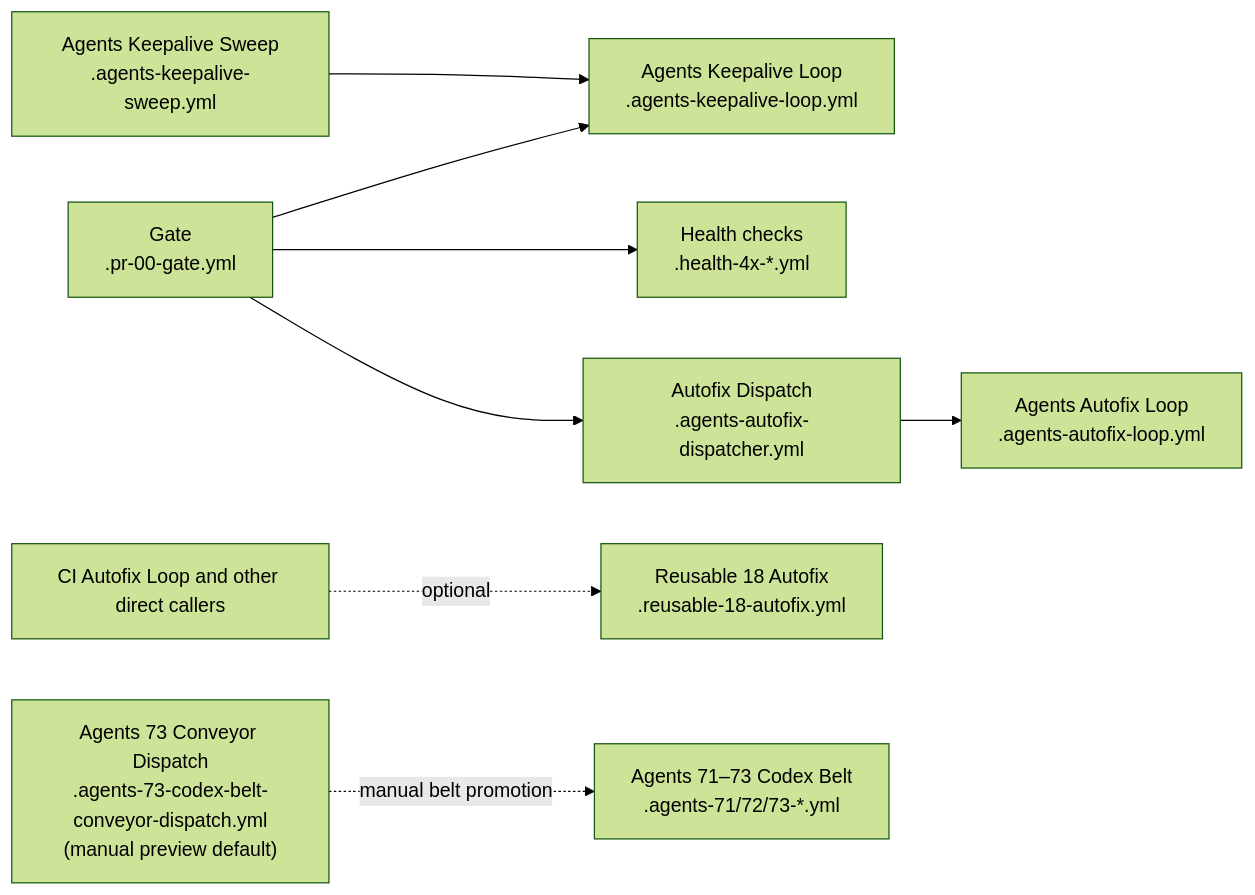
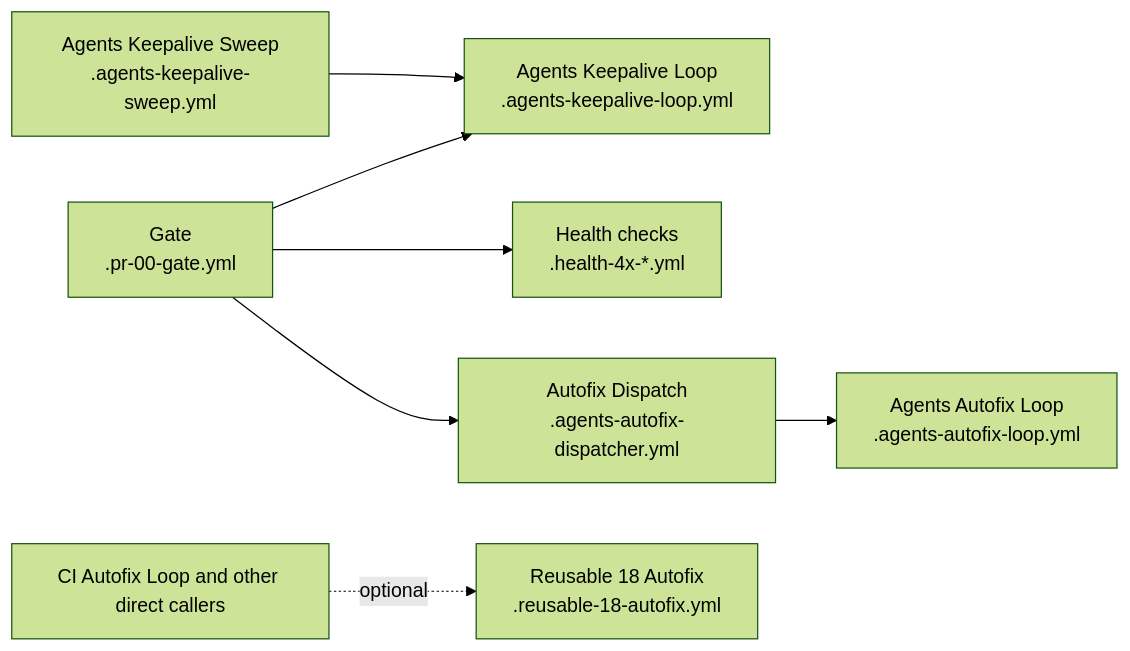
The first of 2 diagrams in docs/ci/WORKFLOWS.md (stranske/Workflows), drawn with Mermaid (forest theme) before and after one commit. The commit also changed other lines of this file and 76 other files, not shown here.

````diff
--- a/docs/ci/WORKFLOWS.md
+++ b/docs/ci/WORKFLOWS.md
@@ -20,10 +20,9 @@
 ```mermaid
 flowchart LR
     gate["Gate\n.pr-00-gate.yml"] --> keepaliveLoop["Agents Keepalive Loop\n.agents-keepalive-loop.yml"]
     keepaliveSweep["Agents Keepalive Sweep\n.agents-keepalive-sweep.yml"] --> keepaliveLoop
     gate --> healthGuard["Health checks\n.health-4x-*.yml"]
     gate --> autofixDispatch["Autofix Dispatch\n.agents-autofix-dispatcher.yml"]
     autofixDispatch --> autofixLoop["Agents Autofix Loop\n.agents-autofix-loop.yml"]
     directCallers["CI Autofix Loop and other direct callers"] -. optional .-> autofix["Reusable 18 Autofix\n.reusable-18-autofix.yml"]
-    agentsBeltDispatch["Agents 73 Conveyor Dispatch\n.agents-73-codex-belt-conveyor-dispatch.yml\n(manual preview default)"] -. manual belt promotion .-> agentsBelt["Agents 71–73 Codex Belt\n.agents-71/72/73-*.yml"]
 ```
````
